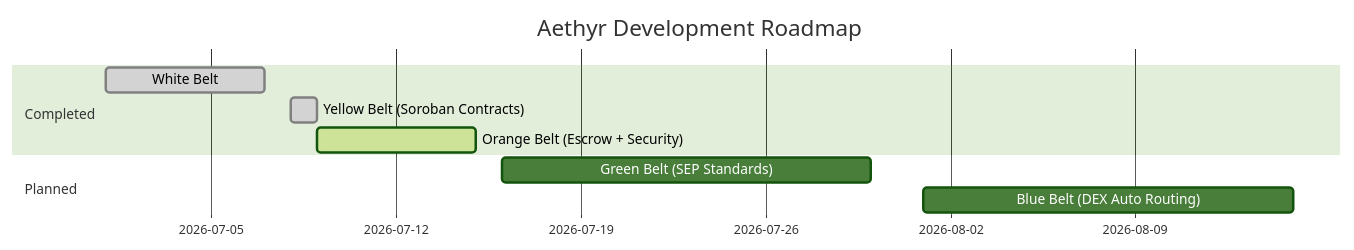
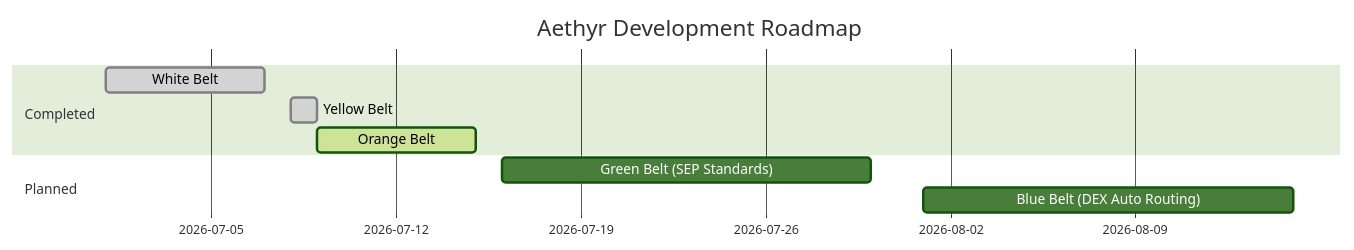
Before and after one commit to pablo-pica/aethyr: the second of 2 diagrams in README.md, drawn with Mermaid (forest theme). The commit also changed other lines of this file, not shown here.

Commit message:
docs: restructure belt sections with judge-friendly requirement-evidence mapping tables

````diff
--- a/README.md
+++ b/README.md
@@ -262,12 +351,12 @@
 ```mermaid
 gantt
     title Aethyr Development Roadmap
     dateFormat  YYYY-MM-DD
     section Completed
     White Belt :done, 2026-07-01, 2026-07-07
-    Yellow Belt (Soroban Contracts) :done, 2026-07-08, 2026-07-09
-    Orange Belt (Escrow + Security) :active, 2026-07-09, 2026-07-15
+    Yellow Belt :done, 2026-07-08, 2026-07-09
+    Orange Belt :active, 2026-07-09, 2026-07-15
     section Planned
     Green Belt (SEP Standards) :2026-07-16, 2026-07-30
     Blue Belt (DEX Auto Routing) :2026-08-01, 2026-08-15
 ```
````
